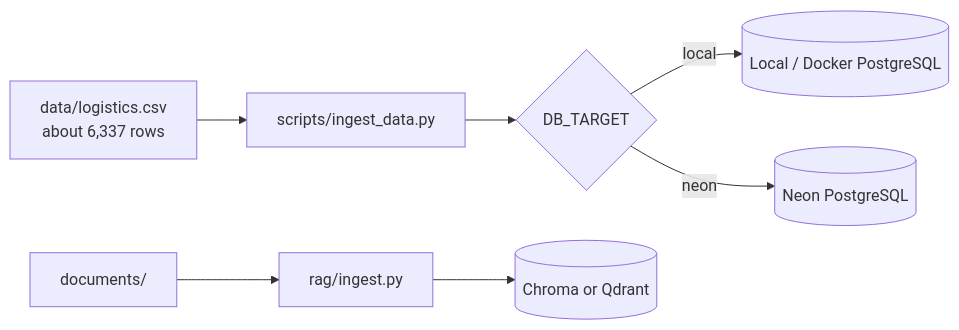
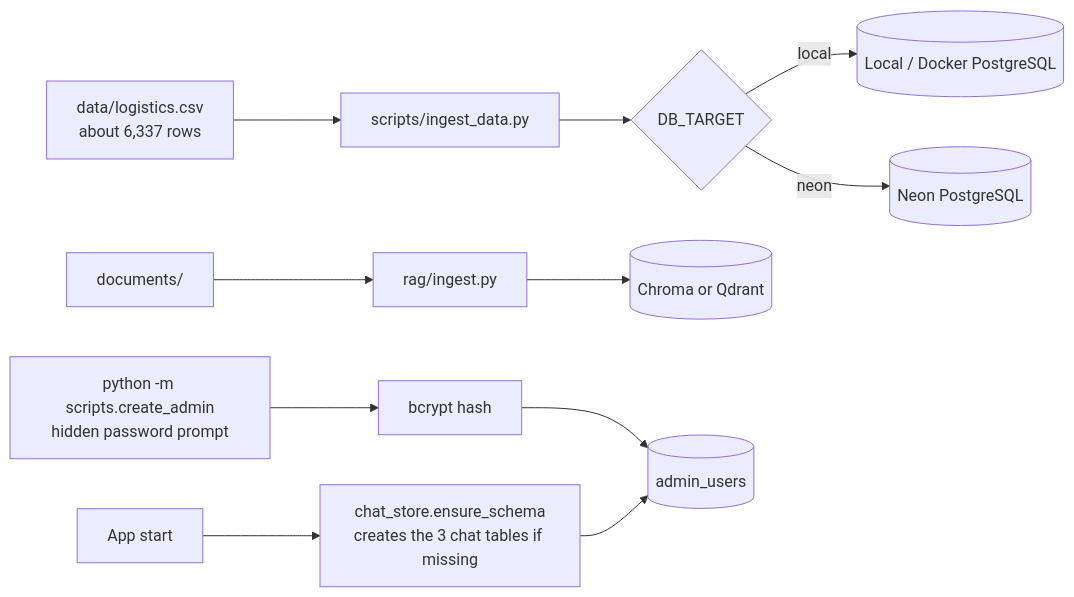
The seventh of 10 diagrams in context/workflow.md (Nagendrakumarkv/FDE_COLD_CHAIN_AI), drawn with Mermaid before and after one commit. The commit also changed other lines of this file, not shown here.

````diff
--- a/context/workflow.md
+++ b/context/workflow.md
@@ -131,8 +139,10 @@
 ```mermaid
 flowchart LR
     CSV[data/logistics.csv<br/>about 6,337 rows] --> ING[scripts/ingest_data.py]
     ING --> SEL{DB_TARGET}
     SEL -->|local| PG[(Local / Docker PostgreSQL)]
     SEL -->|neon| NE[(Neon PostgreSQL)]
     DOCS[documents/] --> RI[rag/ingest.py] --> VSTORE[(Chroma or Qdrant)]
+    CA[python -m scripts.create_admin<br/>hidden password prompt] --> HASH[bcrypt hash] --> AUS[(admin_users)]
+    START[App start] --> ES[chat_store.ensure_schema<br/>creates the 3 chat tables if missing] --> AUS
 ```
````
